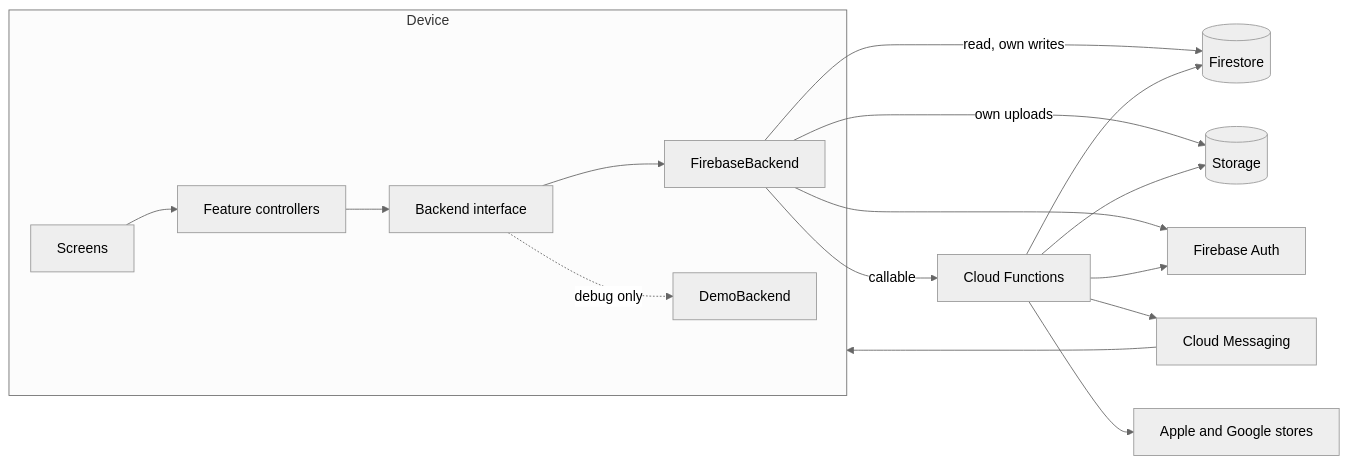
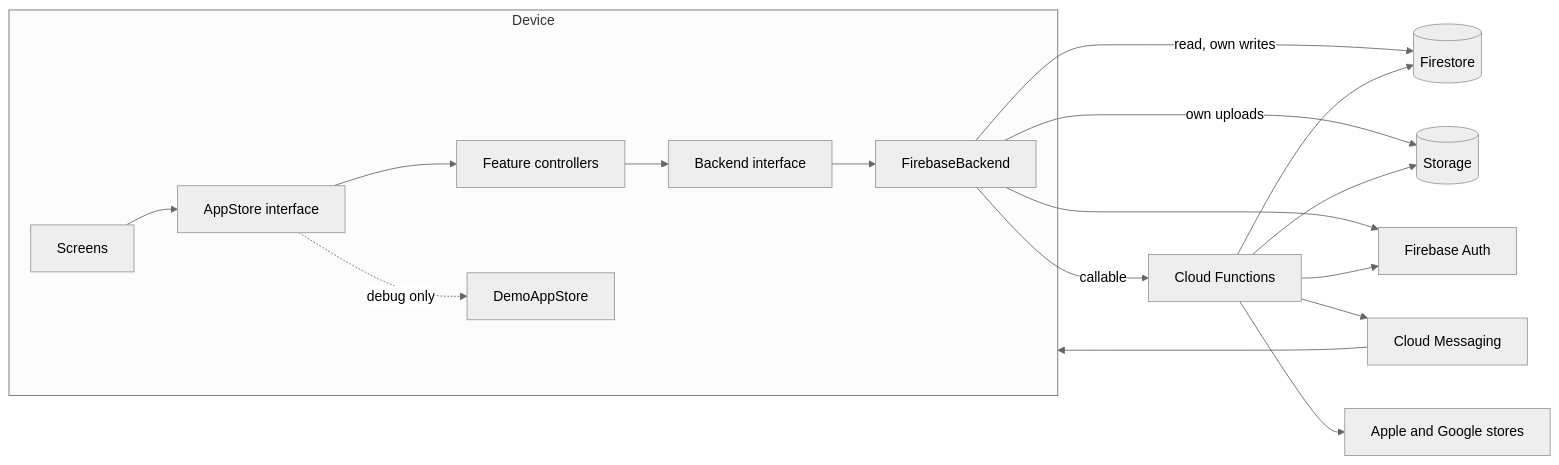
The first of 4 diagrams in docs/ARCHITECTURE.md (GauharAlam/Nikah), drawn with Mermaid (neutral theme) before and after one commit. The commit also changed other lines of this file and 15 other files, not shown here.

First line of the commit message:
refactor(functions): split the backend into feature modules

````diff
--- a/docs/ARCHITECTURE.md
+++ b/docs/ARCHITECTURE.md
@@ -5,19 +5,20 @@
 ```mermaid
 flowchart LR
   subgraph Device
-    UI[Screens] --> C[Feature controllers]
+    UI[Screens] --> S[AppStore interface]
+    S --> C[Feature controllers]
     C --> B[Backend interface]
     B --> FB[FirebaseBackend]
-    B -. debug only .-> DB[DemoBackend]
+    S -. debug only .-> DS[DemoAppStore]
   end
   FB -->|callable| CF[Cloud Functions]
   FB -->|read, own writes| FS[(Firestore)]
   FB -->|own uploads| ST[(Storage)]
   FB --> AU[Firebase Auth]
   CF --> FS
   CF --> ST
   CF --> AU
   CF --> FCM[Cloud Messaging]
   CF --> Stores[Apple and Google stores]
   FCM --> Device
 ```
````
